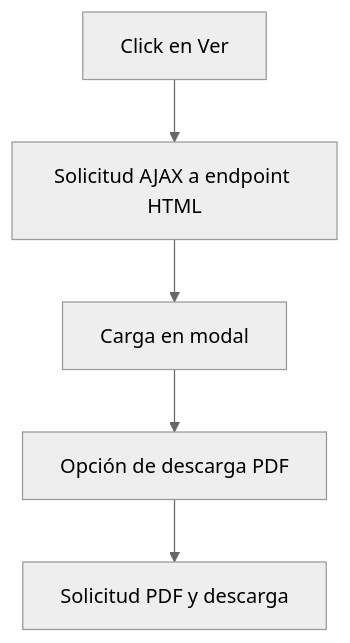
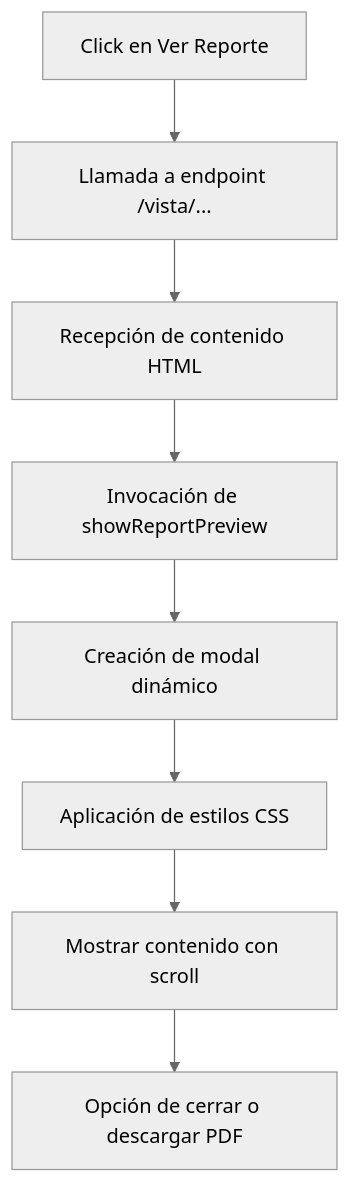
One commit to Andriu-Dex/GestorAscensos-UTA changed the third of 3 diagrams in Docs/IMPLEMENTACION_REPORTES_USUARIOS.md. Above: the diagram before and after it, drawn with Mermaid (neutral theme). The commit also changed other lines of this file, not shown here.

````diff
--- a/Docs/IMPLEMENTACION_REPORTES_USUARIOS.md
+++ b/Docs/IMPLEMENTACION_REPORTES_USUARIOS.md
@@ -240,7 +318,10 @@
 ```mermaid
 graph TD
-    A[Click en Ver] --> B[Solicitud AJAX a endpoint HTML]
-    B --> C[Carga en modal]
-    C --> D[Opción de descarga PDF]
-    D --> E[Solicitud PDF y descarga]
+    A[Click en Ver Reporte] --> B[Llamada a endpoint /vista/...]
+    B --> C[Recepción de contenido HTML]
+    C --> D[Invocación de showReportPreview]
+    D --> E[Creación de modal dinámico]
+    E --> F[Aplicación de estilos CSS]
+    F --> G[Mostrar contenido con scroll]
+    G --> H[Opción de cerrar o descargar PDF]
 ```
````
